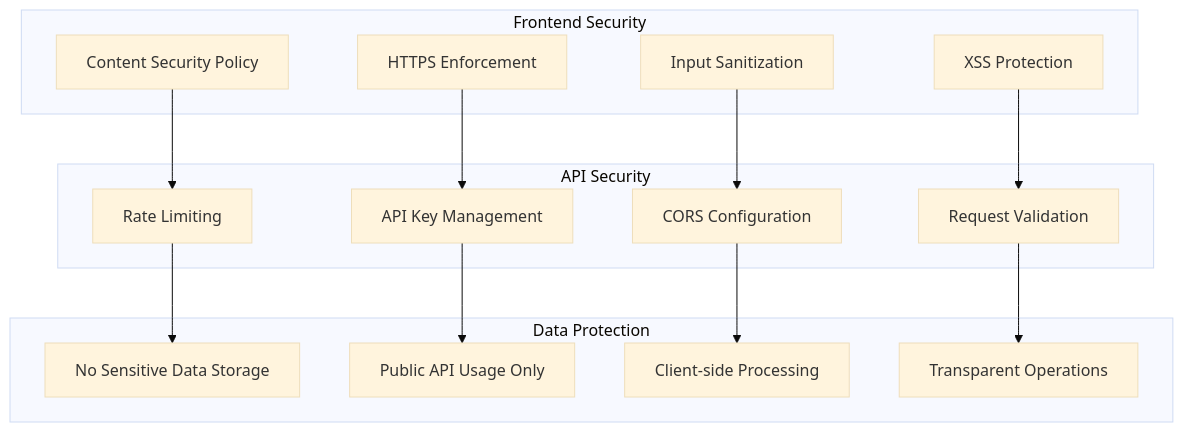
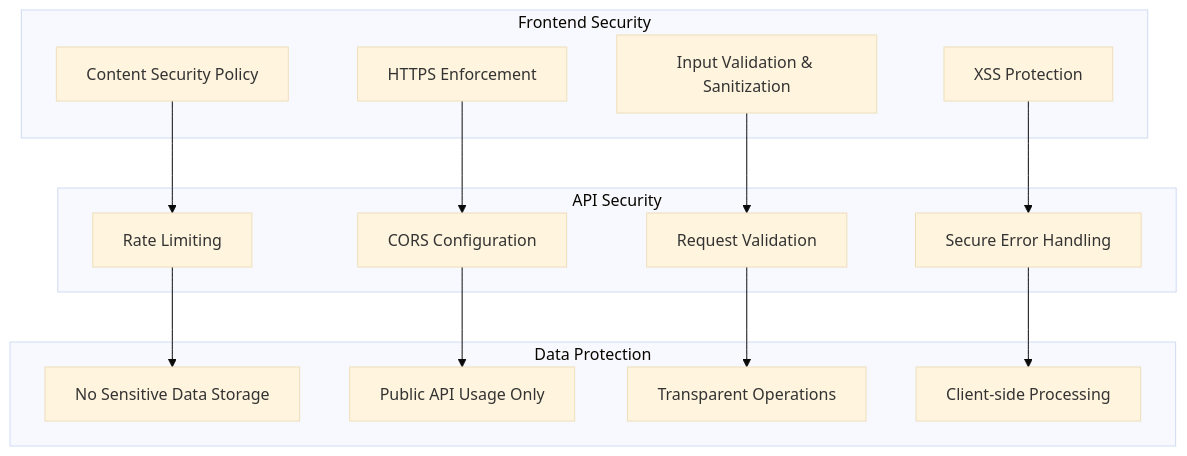
Before and after one commit to oxnr/picotop: the tenth of 10 diagrams in ARCHITECTURE.md, drawn with Mermaid (base theme). The commit also changed other lines of this file and 34 other files, not shown here.

First line of the commit message:
feat: Complete Picojeet enhanced Bitcoin chart and documentation checkpoint

````diff
--- a/ARCHITECTURE.md
+++ b/ARCHITECTURE.md
@@ -548,33 +378,33 @@
 ```mermaid
 graph TB
     subgraph "Frontend Security"
-        CSP[Content Security Policy]
-        HTTPS[HTTPS Enforcement]
-        InputSanitization[Input Sanitization]
+        ContentSecurityPolicy[Content Security Policy]
+        HTTPSEnforcement[HTTPS Enforcement]
+        InputValidation[Input Validation & Sanitization]
         XSSProtection[XSS Protection]
     end
     
     subgraph "API Security"
         RateLimiting[Rate Limiting]
-        APIKeyManagement[API Key Management]
         CORSConfiguration[CORS Configuration]
         RequestValidation[Request Validation]
+        ErrorHandling[Secure Error Handling]
     end
     
     subgraph "Data Protection"
-        NoSensitiveData[No Sensitive Data Storage]
-        PublicAPIUsage[Public API Usage Only]
-        ClientSideOnly[Client-side Processing]
+        NoSensitiveStorage[No Sensitive Data Storage]
+        PublicAPIOnly[Public API Usage Only]
         TransparentOperations[Transparent Operations]
+        ClientSideProcessing[Client-side Processing]
     end
     
-    CSP --> RateLimiting
-    HTTPS --> APIKeyManagement
-    InputSanitization --> CORSConfiguration
-    XSSProtection --> RequestValidation
+    ContentSecurityPolicy --> RateLimiting
+    HTTPSEnforcement --> CORSConfiguration
+    InputValidation --> RequestValidation
+    XSSProtection --> ErrorHandling
     
-    RateLimiting --> NoSensitiveData
-    APIKeyManagement --> PublicAPIUsage
-    CORSConfiguration --> ClientSideOnly
+    RateLimiting --> NoSensitiveStorage
+    CORSConfiguration --> PublicAPIOnly
     RequestValidation --> TransparentOperations
+    ErrorHandling --> ClientSideProcessing
 ```
````
